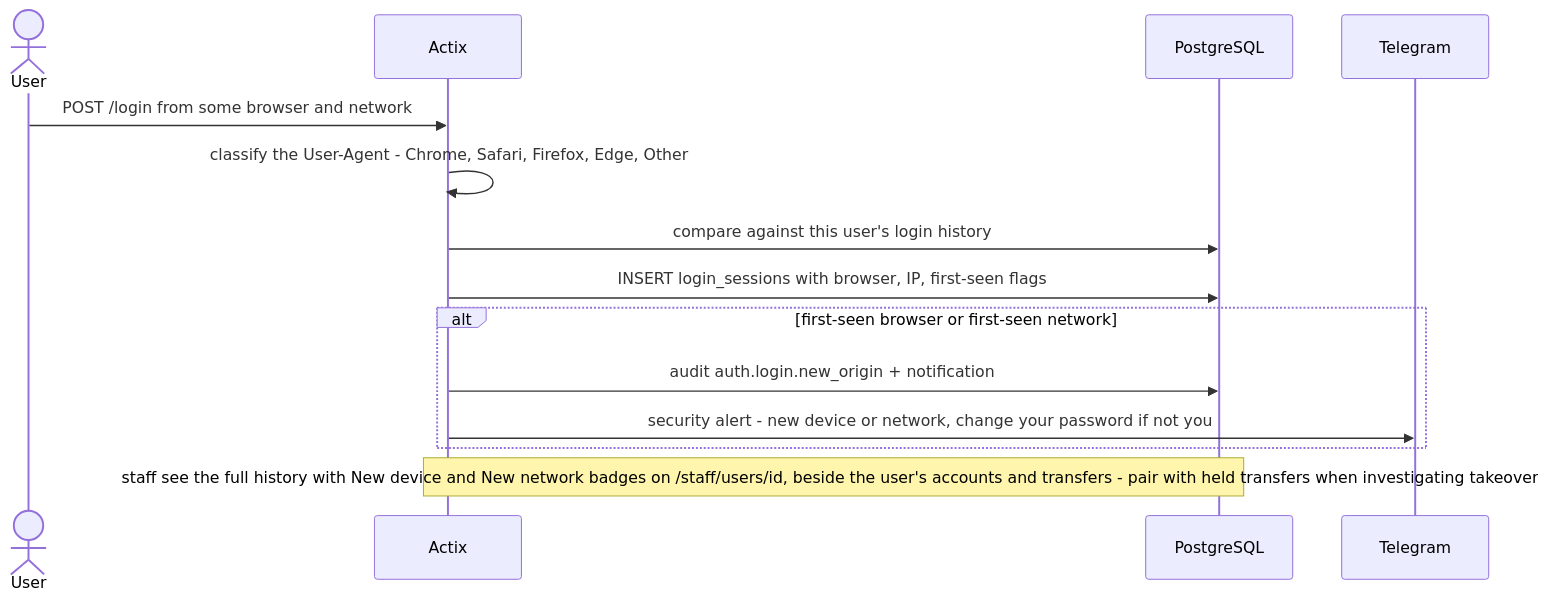
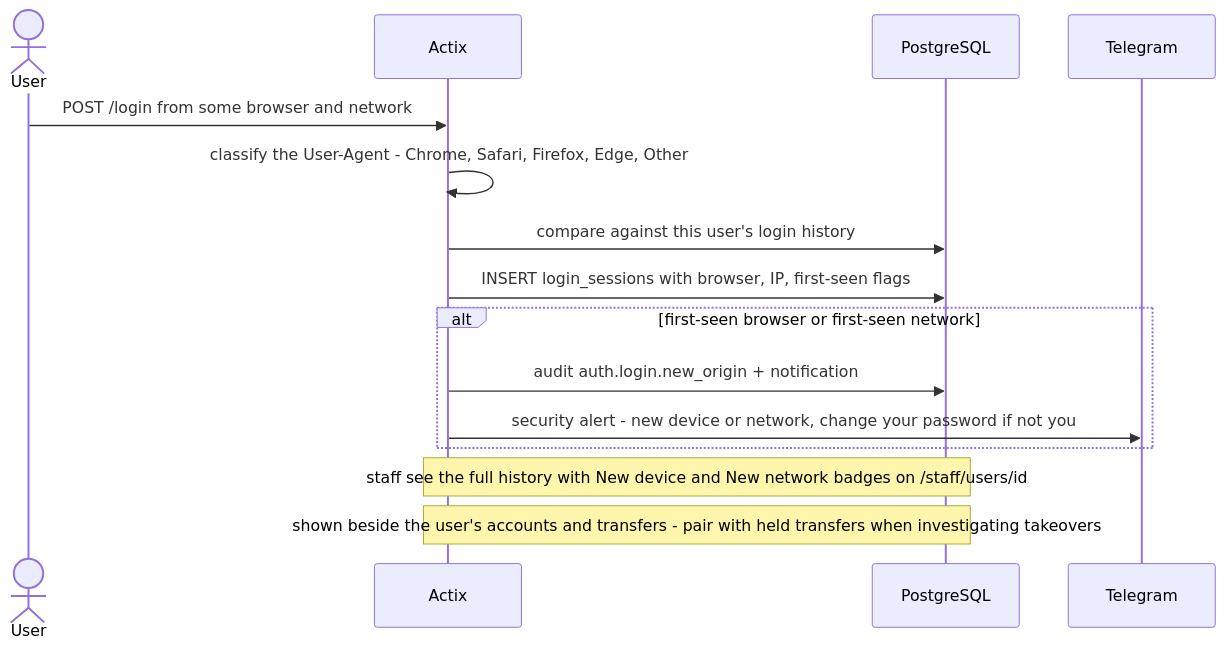
Diagram 14 of 14 in docs/FLOWS.md (cthyuiii/FerroBank), drawn with Mermaid before and after one commit. The commit also changed other lines of this file and 5 other files, not shown here.

````diff
--- a/docs/FLOWS.md
+++ b/docs/FLOWS.md
@@ -306,17 +314,18 @@
 ```mermaid
 sequenceDiagram
     actor U as User
     participant A as Actix
     participant P as PostgreSQL
     participant T as Telegram
 
     U->>A: POST /login from some browser and network
     A->>A: classify the User-Agent - Chrome, Safari, Firefox, Edge, Other
     A->>P: compare against this user's login history
     A->>P: INSERT login_sessions with browser, IP, first-seen flags
     alt first-seen browser or first-seen network
         A->>P: audit auth.login.new_origin + notification
         A->>T: security alert - new device or network, change your password if not you
     end
-    Note over A,P: staff see the full history with New device and New network badges on /staff/users/id, beside the user's accounts and transfers - pair with held transfers when investigating takeovers
+    Note over A,P: staff see the full history with New device and New network badges on /staff/users/id
+    Note over A,P: shown beside the user's accounts and transfers - pair with held transfers when investigating takeovers
 ```
````
